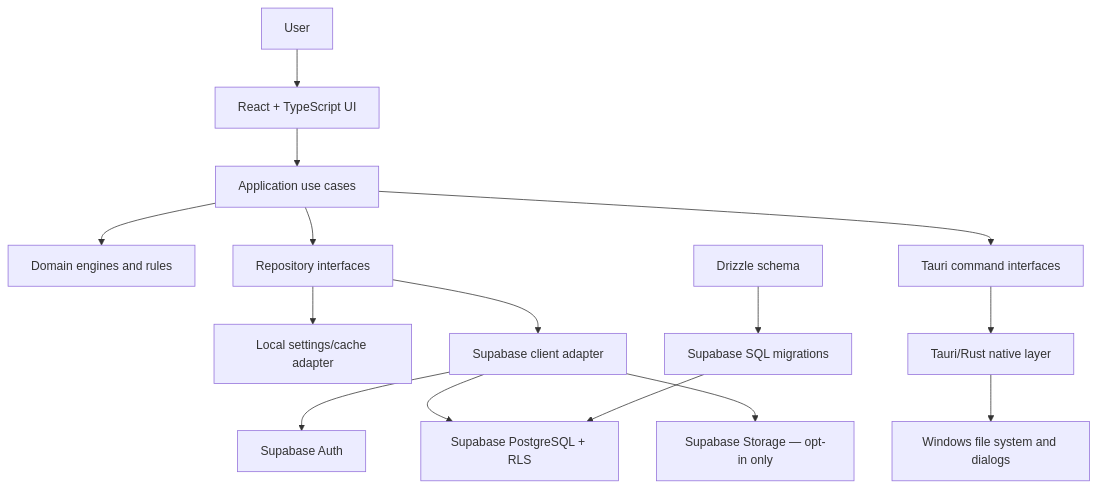
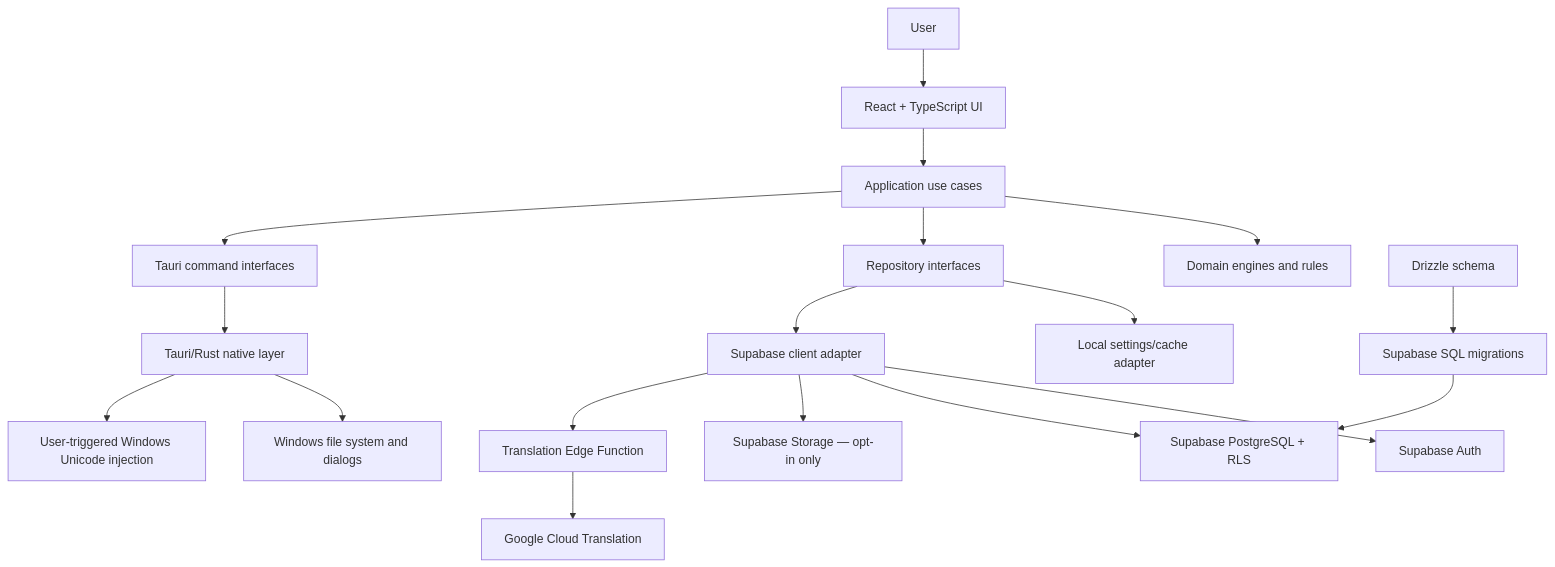
One commit to Isopleth-Labs/BhashaYantra changed the first of 4 diagrams in docs/02-system-architecture.md. Above: the diagram before and after it, drawn with Mermaid. The commit also changed other lines of this file and 14 other files, not shown here.

````diff
--- a/docs/02-system-architecture.md
+++ b/docs/02-system-architecture.md
@@ -13,17 +13,20 @@
 ```mermaid
 flowchart TB
     U["User"] --> UI["React + TypeScript UI"]
     UI --> APP["Application use cases"]
     APP --> DOMAIN["Domain engines and rules"]
     APP --> REPO["Repository interfaces"]
     APP --> NATIVE["Tauri command interfaces"]
     REPO --> LOCAL["Local settings/cache adapter"]
     REPO --> SB["Supabase client adapter"]
     NATIVE --> RUST["Tauri/Rust native layer"]
     RUST --> FS["Windows file system and dialogs"]
+    RUST --> INPUT["User-triggered Windows Unicode injection"]
     SB --> AUTH["Supabase Auth"]
     SB --> PG["Supabase PostgreSQL + RLS"]
     SB --> STORAGE["Supabase Storage — opt-in only"]
+    SB --> EDGE["Translation Edge Function"]
+    EDGE --> TRANSLATE["Google Cloud Translation"]
     DRIZZLE["Drizzle schema"] --> MIGRATIONS["Supabase SQL migrations"]
     MIGRATIONS --> PG
 ```
````
